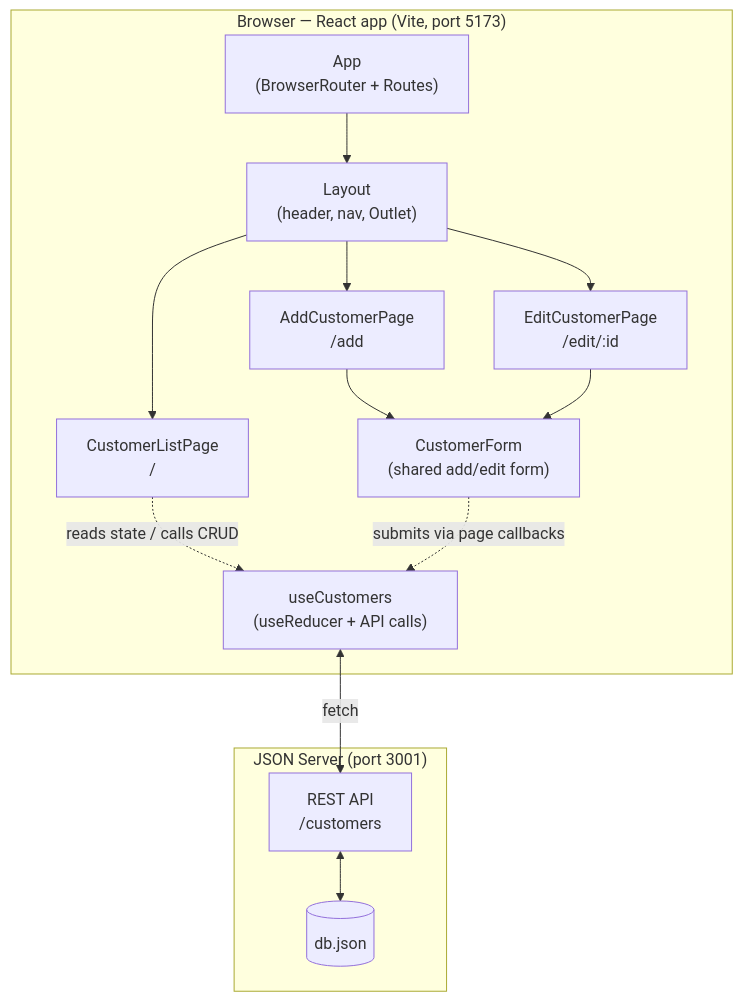
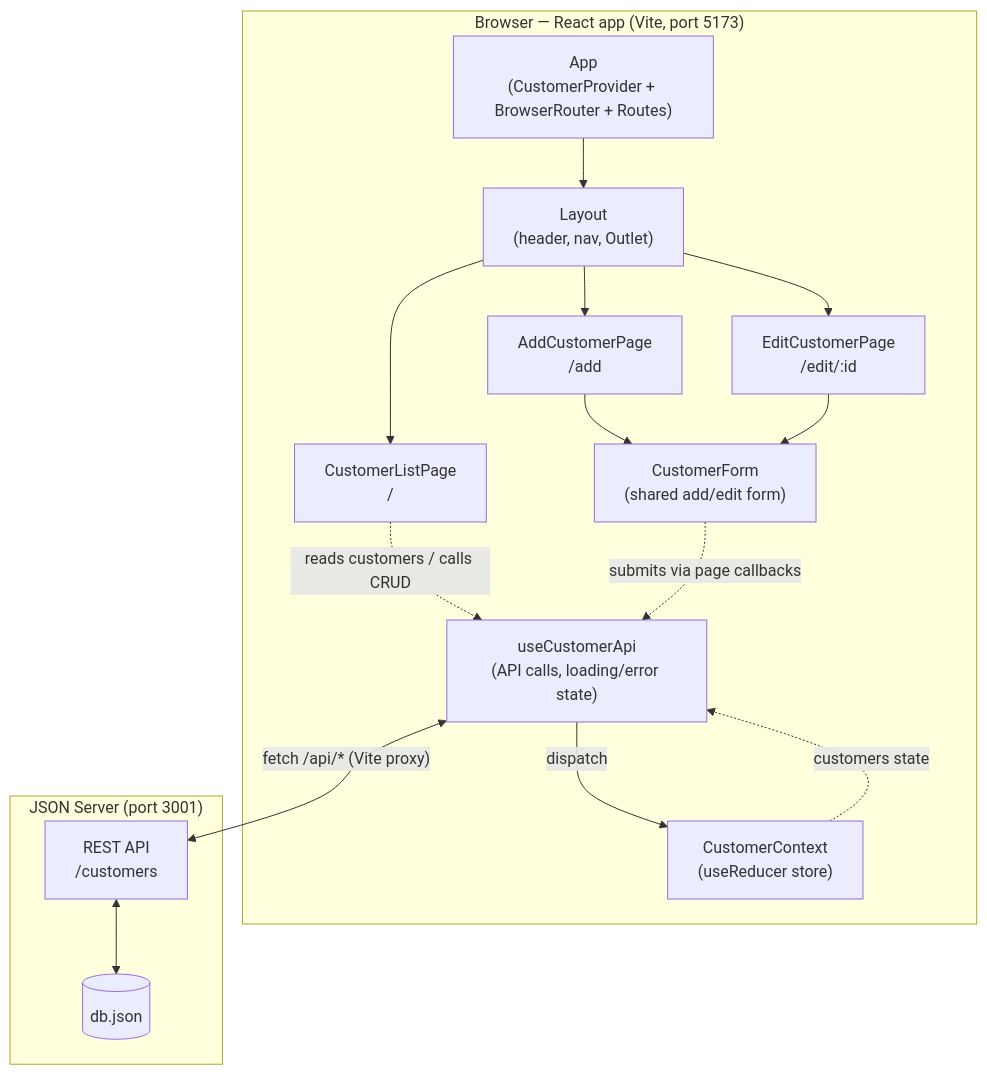
One commit to das77/fsep-cap2-cma-app changed the first of 3 diagrams in customer-app/docs/ARCHITECTURE.md. Above: the diagram before and after it, drawn with Mermaid. The commit also changed other lines of this file and 2 other files, not shown here.

Commit message:
feat: Update documentation to reflect full CRUD implementation and form validation details

````diff
--- a/customer-app/docs/ARCHITECTURE.md
+++ b/customer-app/docs/ARCHITECTURE.md
@@ -8,28 +8,31 @@
 ```mermaid
 graph TB
     subgraph Browser["Browser — React app (Vite, port 5173)"]
-        App["App<br/>(BrowserRouter + Routes)"]
+        App["App<br/>(CustomerProvider + BrowserRouter + Routes)"]
         Layout["Layout<br/>(header, nav, Outlet)"]
         List["CustomerListPage<br/>/"]
         Add["AddCustomerPage<br/>/add"]
         Edit["EditCustomerPage<br/>/edit/:id"]
         Form["CustomerForm<br/>(shared add/edit form)"]
-        Hook["useCustomers<br/>(useReducer + API calls)"]
+        Hook["useCustomerApi<br/>(API calls, loading/error state)"]
+        Store["CustomerContext<br/>(useReducer store)"]
     end
 
     subgraph Server["JSON Server (port 3001)"]
         API["REST API<br/>/customers"]
         DB[("db.json")]
     end
 
     App --> Layout
     Layout --> List
     Layout --> Add
     Layout --> Edit
     Add --> Form
     Edit --> Form
-    List -.reads state / calls CRUD.-> Hook
+    List -.reads customers / calls CRUD.-> Hook
     Form -.submits via page callbacks.-> Hook
-    Hook <-->|fetch| API
+    Hook -->|dispatch| Store
+    Store -.customers state.-> Hook
+    Hook <-->|"fetch /api/* (Vite proxy)"| API
     API <--> DB
 ```
````
